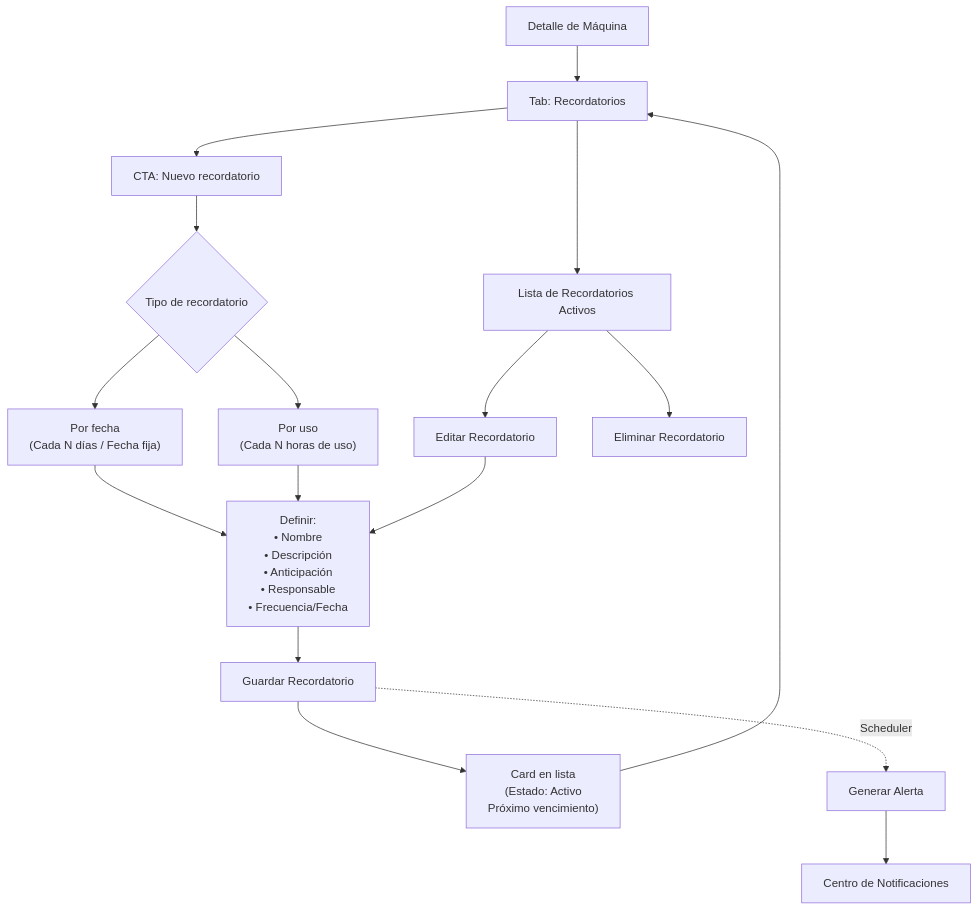
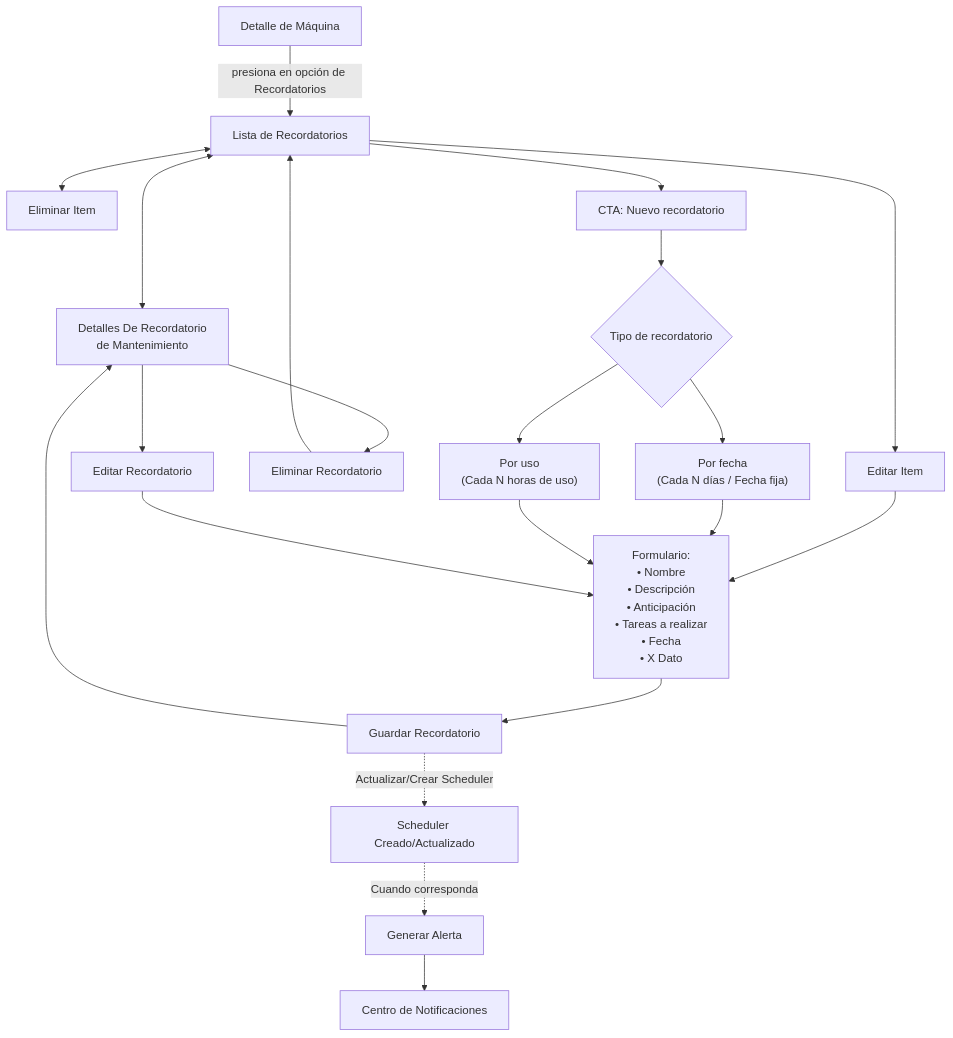
Before and after one commit to MarkMed/FleetMan: the fifth of 9 diagrams in docs/userJourney.md, drawn with Mermaid.

Commit message:
Enhance reminders management flow: add detailed views for reminders, editing, and deletion options

````diff
--- a/docs/userJourney.md
+++ b/docs/userJourney.md
@@ -155,25 +155,38 @@
 ```mermaid
 flowchart TD
-    DETAIL[Detalle de Máquina] --> TAB_REM[Tab: Recordatorios]
-    TAB_REM --> LIST_REM[Lista de Recordatorios Activos]
-    TAB_REM --> CREATE_REM[CTA: Nuevo recordatorio]
+    DETAIL[Detalle de Máquina] -->|presiona en opción de Recordatorios| LIST_REM[Lista de Recordatorios]
     
+    %% Flujos desde la Lista
+    LIST_REM <--> REM_DETAIL_VIEW[Detalles De Recordatorio<br/>de Mantenimiento]
+    LIST_REM <--> DELETE_QA[Eliminar Item]
+    LIST_REM --> EDIT_QA[Editar Item]
+    EDIT_QA --> FORM_REM
+
+    %% Flujos desde Detalles
+    REM_DETAIL_VIEW --> EDIT_REM[Editar Recordatorio]
+    REM_DETAIL_VIEW --> DELETE_REM[Eliminar Recordatorio]
+
+    LIST_REM --> CREATE_REM[CTA: Nuevo recordatorio]
     CREATE_REM --> TYPE{Tipo de recordatorio}
     TYPE --> DATE_TYPE[Por fecha<br/>#40;Cada N días / Fecha fija#41;]
     TYPE --> USAGE_TYPE[Por uso<br/>#40;Cada N horas de uso#41;]
     
-    DATE_TYPE --> FORM_REM["Definir:<br/>• Nombre<br/>• Descripción<br/>• Anticipación<br/>• Responsable<br/>• Frecuencia/Fecha"]
+    DATE_TYPE --> FORM_REM["Formulario:<br/>• Nombre<br/>• Descripción<br/>• Anticipación<br/>• Tareas a realizar<br/>• Fecha<br/>• X Dato"]
     USAGE_TYPE --> FORM_REM
     
     FORM_REM --> SAVE_REM[Guardar Recordatorio]
-    SAVE_REM --> CARD_REM["Card en lista<br/>#40;Estado: Activo<br/>Próximo vencimiento#41;"]
-    CARD_REM --> TAB_REM
+    SAVE_REM --> REM_DETAIL_VIEW
     
-    LIST_REM --> EDIT_REM[Editar Recordatorio]
-    LIST_REM --> DELETE_REM[Eliminar Recordatorio]
+    
+    
+    %% Ediciones
     EDIT_REM --> FORM_REM
     
-    %% Automatización
-    SAVE_REM -. Scheduler .-> ALERT[Generar Alerta]
+    %% Eliminaciones
+    DELETE_REM --> LIST_REM
+    
+    %% Automatización del Scheduler
+    SAVE_REM -. Actualizar/Crear Scheduler .-> SCHEDULER_UPDATE[Scheduler Creado/Actualizado]
+    SCHEDULER_UPDATE -. Cuando corresponda .-> ALERT[Generar Alerta]
     ALERT --> NOTIFICATION[Centro de Notificaciones]
 ```
````
